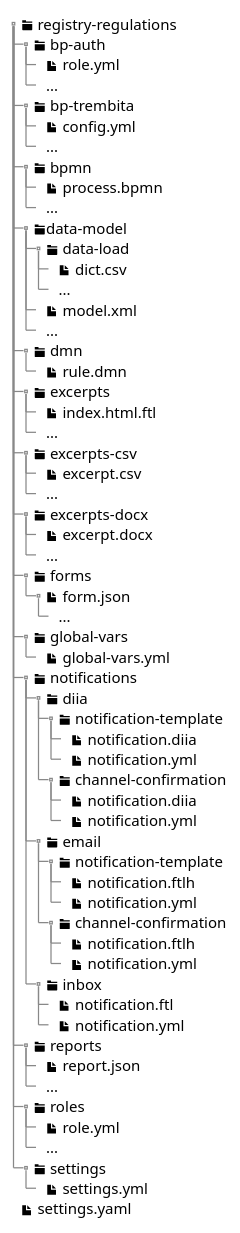
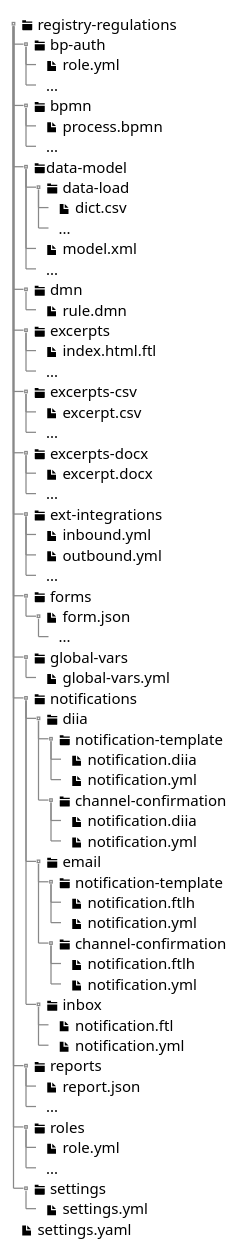
One commit to epam/edp-ddm-architecture changed the first of 7 diagrams in docs/ua/modules/arch/pages/archive/registry-regulations-deployment.adoc. Above: the diagram before and after it, drawn with PlantUML. The commit also changed other lines of this file and 11 other files, not shown here.

Commit message:
[EDP-DDM-29207] - Updated bp-trembita to ext-integrations registry folder

```diff
--- a/docs/ua/modules/arch/pages/archive/registry-regulations-deployment.adoc
+++ b/docs/ua/modules/arch/pages/archive/registry-regulations-deployment.adoc
@@ -52,10 +52,6 @@
 
 ++ <&folder> bp-auth
 +++ <&file> role.yml
-+++ ...
-
-++ <&folder> bp-trembita
-+++ <&file> config.yml
 +++ ...
 
 ++ <&folder> bpmn
@@ -81,6 +77,11 @@
 +++ ...
 ++ <&folder> excerpts-docx
 +++ <&file> excerpt.docx
++++ ...
+
+++ <&folder> ext-integrations
++++ <&file> inbound.yml
++++ <&file> outbound.yml
 +++ ...
 
 ++ <&folder> forms
```
